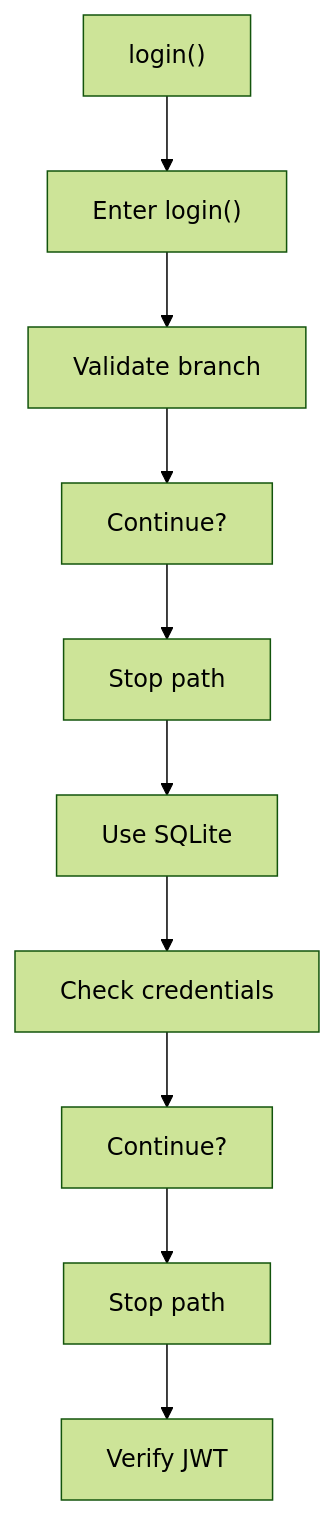
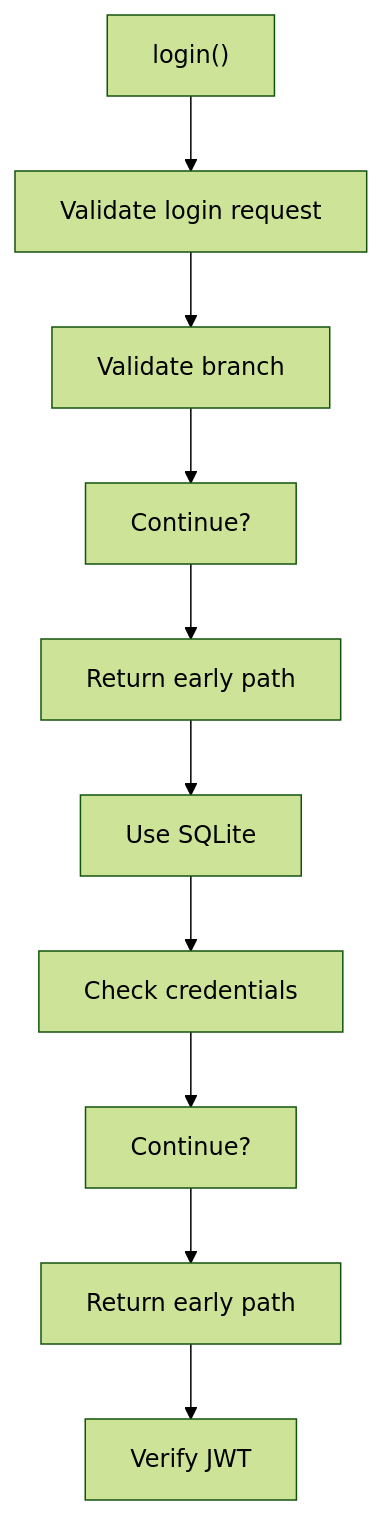
One commit to JohnAndrewBalbarosa/NeoTerritory changed the sixth of 7 diagrams in docs/Codebase/Backend/src/controllers/authController.js.md. Above: the diagram before and after it, drawn with Mermaid (forest theme). The commit also changed other lines of this file and 915 other files, not shown here.

````diff
--- a/docs/Codebase/Backend/src/controllers/authController.js.md
+++ b/docs/Codebase/Backend/src/controllers/authController.js.md
@@ -182,22 +181,22 @@
 ```mermaid
 flowchart TD
     N0["login()"]
-    N1["Enter login()"]
+    N1["Validate login request"]
     N2["Validate branch"]
     N3["Continue?"]
-    N4["Stop path"]
+    N4["Return early path"]
     N5["Use SQLite"]
     N6["Check credentials"]
     N7["Continue?"]
-    N8["Stop path"]
+    N8["Return early path"]
     N9["Verify JWT"]
     N0 --> N1
     N1 --> N2
     N2 --> N3
     N3 --> N4
     N4 --> N5
     N5 --> N6
     N6 --> N7
     N7 --> N8
     N8 --> N9
 ```
````
